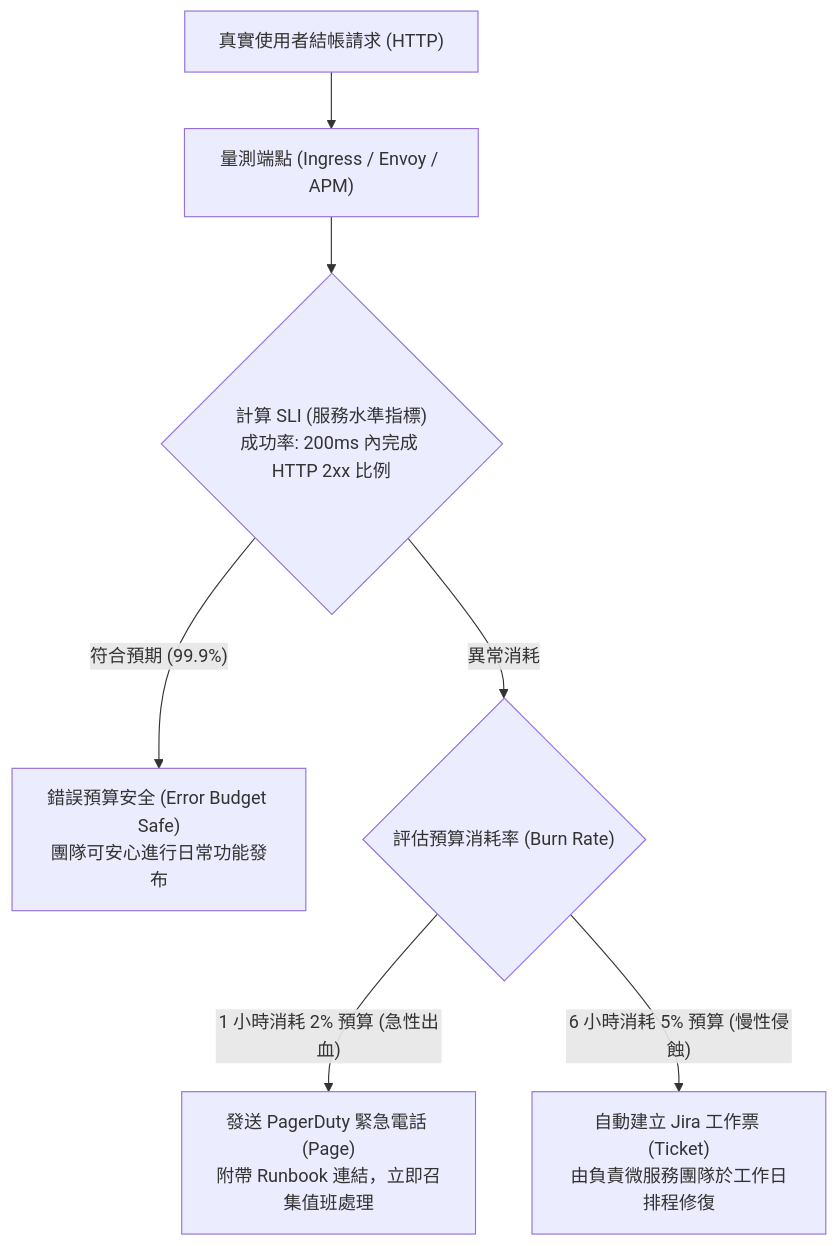
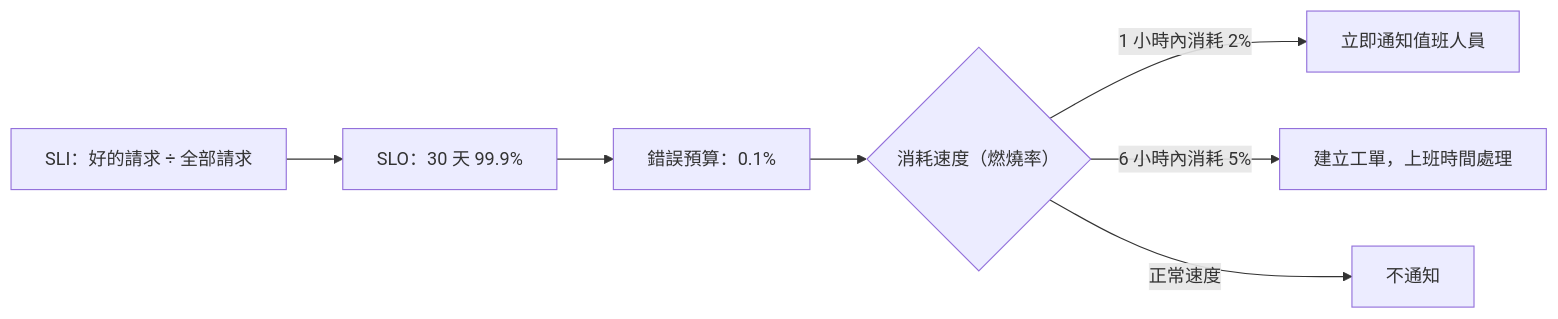
The diagram in src/content/docs/engineering/slo-alerts.md (RayLiu1999/Wiki), drawn with Mermaid before and after one commit. The commit also changed other lines of this file and 7 other files, not shown here.

````diff
--- a/src/content/docs/engineering/slo-alerts.md
+++ b/src/content/docs/engineering/slo-alerts.md
@@ -28,13 +43,9 @@
 ```mermaid
-flowchart TD
-    UserReq["真實使用者結帳請求 (HTTP)"] --> Measure["量測端點 (Ingress / Envoy / APM)"]
-    
-    Measure --> SLI{"計算 SLI (服務水準指標)<br/>成功率: 200ms 內完成 HTTP 2xx 比例"}
-    
-    SLI -->|"符合預期 (99.9%)"| Budget["錯誤預算安全 (Error Budget Safe)<br/>團隊可安心進行日常功能發布"]
-    
-    SLI -->|異常消耗| BurnRate{"評估預算消耗率 (Burn Rate)"}
-    
-    BurnRate -->|"1 小時消耗 2% 預算 (急性出血)"| Page["發送 PagerDuty 緊急電話 (Page)<br/>附帶 Runbook 連結，立即召集值班處理"]
-    BurnRate -->|"6 小時消耗 5% 預算 (慢性侵蝕)"| Ticket["自動建立 Jira 工作票 (Ticket)<br/>由負責微服務團隊於工作日排程修復"]
+flowchart LR
+    SLI["SLI：好的請求 ÷ 全部請求"] --> SLO["SLO：30 天 99.9%"]
+    SLO --> Budget["錯誤預算：0.1%"]
+    Budget --> Burn{"消耗速度（燃燒率）"}
+    Burn -->|"1 小時內消耗 2%"| Page["立即通知值班人員"]
+    Burn -->|"6 小時內消耗 5%"| Ticket["建立工單，上班時間處理"]
+    Burn -->|"正常速度"| Nothing["不通知"]
 ```
````
